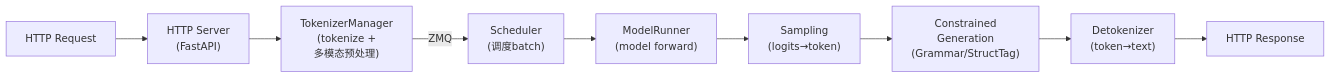
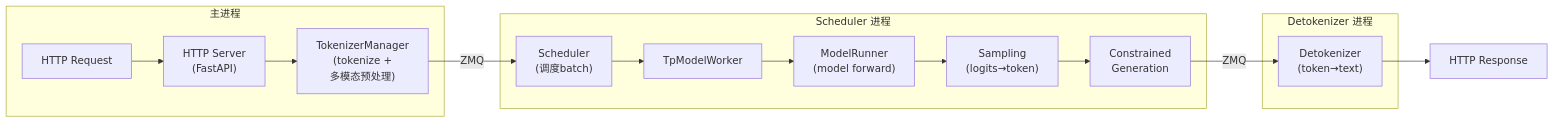
The first of 2 diagrams in SGLang/00-index.md (wesleyck/AIInfraNotes), drawn with Mermaid before and after one commit. The commit also changed other lines of this file and 26 other files, not shown here.

````diff
--- a/SGLang/00-index.md
+++ b/SGLang/00-index.md
@@ -11,11 +11,19 @@
 ```mermaid
 flowchart LR
-    A["HTTP Request"] --> B["HTTP Server<br/>(FastAPI)"]
-    B --> C["TokenizerManager<br/>(tokenize +<br/>多模态预处理)"]
-    C -->|"ZMQ"| D["Scheduler<br/>(调度batch)"]
-    D --> E["ModelRunner<br/>(model forward)"]
-    E --> F["Sampling<br/>(logits→token)"]
-    F --> G["Constrained<br/>Generation<br/>(Grammar/StructTag)"]
-    G --> H["Detokenizer<br/>(token→text)"]
+    subgraph MainProc["主进程"]
+        A["HTTP Request"] --> B["HTTP Server<br/>(FastAPI)"]
+        B --> C["TokenizerManager<br/>(tokenize +<br/>多模态预处理)"]
+    end
+    subgraph SchedProc["Scheduler 进程"]
+        D["Scheduler<br/>(调度batch)"] --> W["TpModelWorker"]
+        W --> E["ModelRunner<br/>(model forward)"]
+        E --> F["Sampling<br/>(logits→token)"]
+        F --> G["Constrained<br/>Generation"]
+    end
+    subgraph DetokProc["Detokenizer 进程"]
+        H["Detokenizer<br/>(token→text)"]
+    end
+    C -->|"ZMQ"| D
+    G -->|"ZMQ"| H
     H --> I["HTTP Response"]
 ```
````
